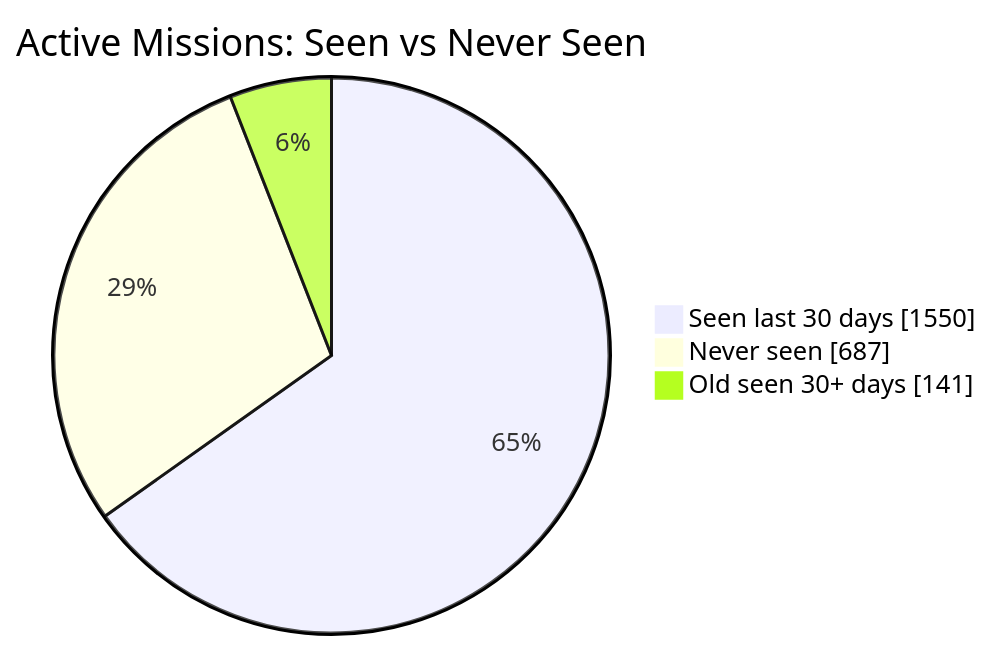
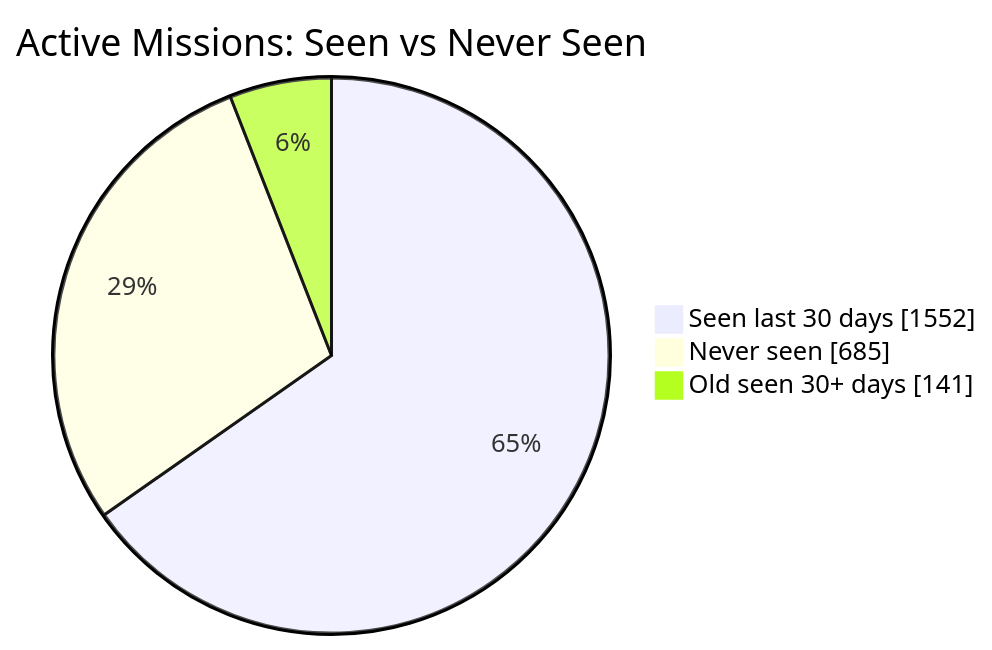
Before and after one commit to MeldkamerspelGameTeam/active-missions: the first of 2 diagrams in README.md, drawn with Mermaid. The commit also changed other lines of this file and 2 other files, not shown here.

````diff
--- a/README.md
+++ b/README.md
@@ -34,7 +34,7 @@
 ```mermaid
 pie showData
     title Active Missions: Seen vs Never Seen
-    "Seen last 30 days" : 1550
-    "Never seen" : 687
+    "Seen last 30 days" : 1552
+    "Never seen" : 685
     "Old seen 30+ days" : 141
 ```
````
